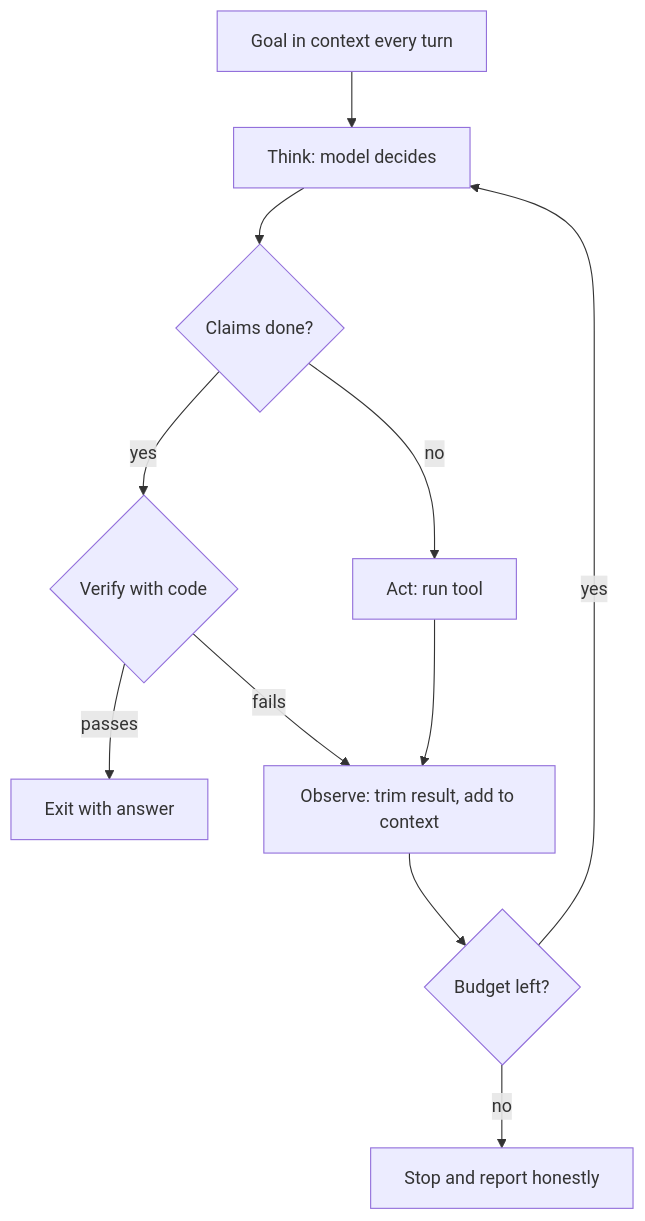
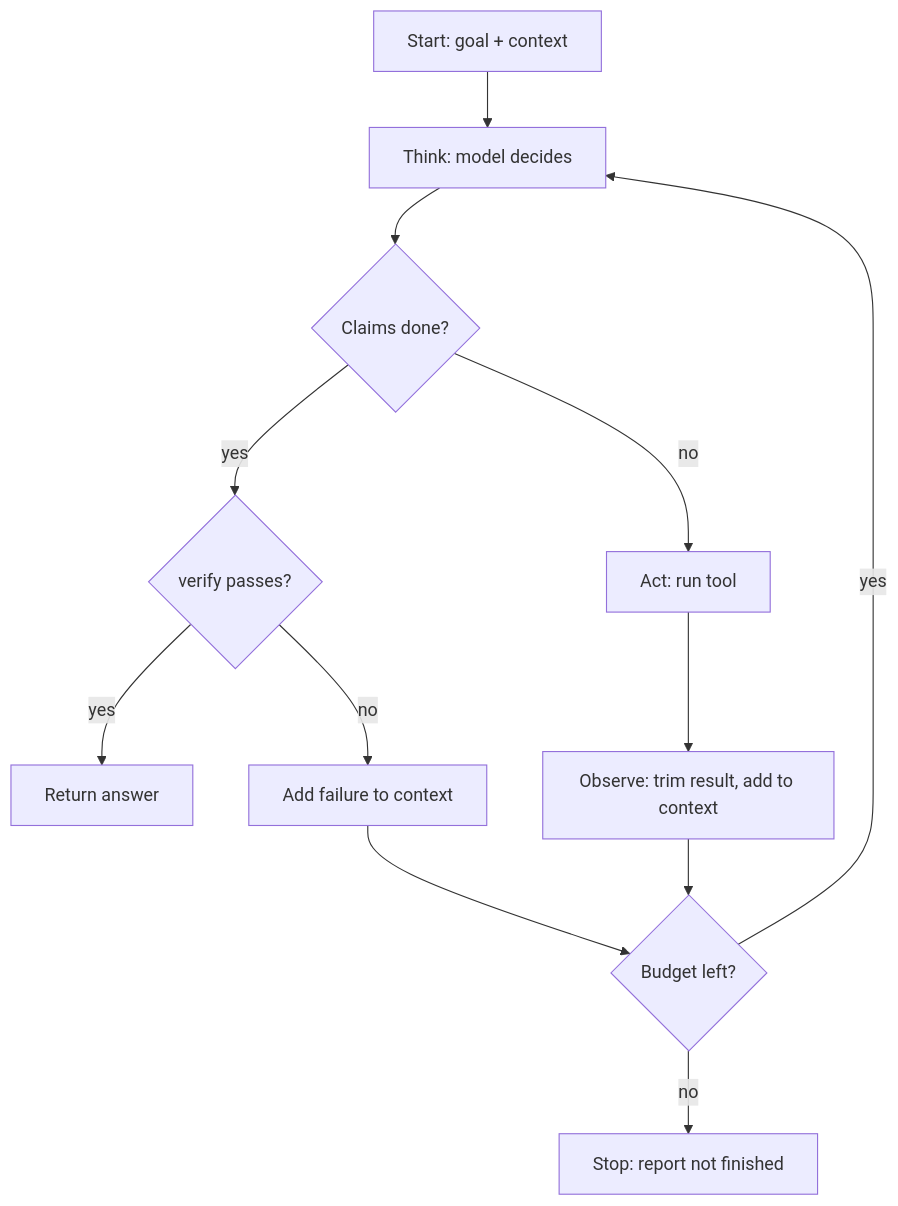
Before and after one commit to kaisarnajar/outcome-school-blogs: the diagram in notes/step-11-agentic-engineering-and-agent-frameworks/139-what-is-loop-engineering.md, drawn with Mermaid. The commit also changed other lines of this file and 233 other files, not shown here.

````diff
--- a/notes/step-11-agentic-engineering-and-agent-frameworks/139-what-is-loop-engineering.md
+++ b/notes/step-11-agentic-engineering-and-agent-frameworks/139-what-is-loop-engineering.md
@@ -46,13 +59,14 @@
 ```mermaid
 flowchart TD
-    G["Goal in context every turn"] --> T["Think: model decides"]
-    T --> D{"Claims done?"}
-    D -->|"yes"| V{"Verify with code"}
-    V -->|"passes"| X["Exit with answer"]
-    V -->|"fails"| O
-    D -->|"no"| A["Act: run tool"]
+    S["Start: goal + context"] --> T["Think: model decides"]
+    T --> Dn{"Claims done?"}
+    Dn -->|"yes"| V{"verify passes?"}
+    V -->|"yes"| R["Return answer"]
+    V -->|"no"| F["Add failure to context"]
+    Dn -->|"no"| A["Act: run tool"]
     A --> O["Observe: trim result, add to context"]
-    O --> B{"Budget left?"}
+    F --> B{"Budget left?"}
+    O --> B
     B -->|"yes"| T
-    B -->|"no"| S["Stop and report honestly"]
+    B -->|"no"| X["Stop: report not finished"]
 ```
````
